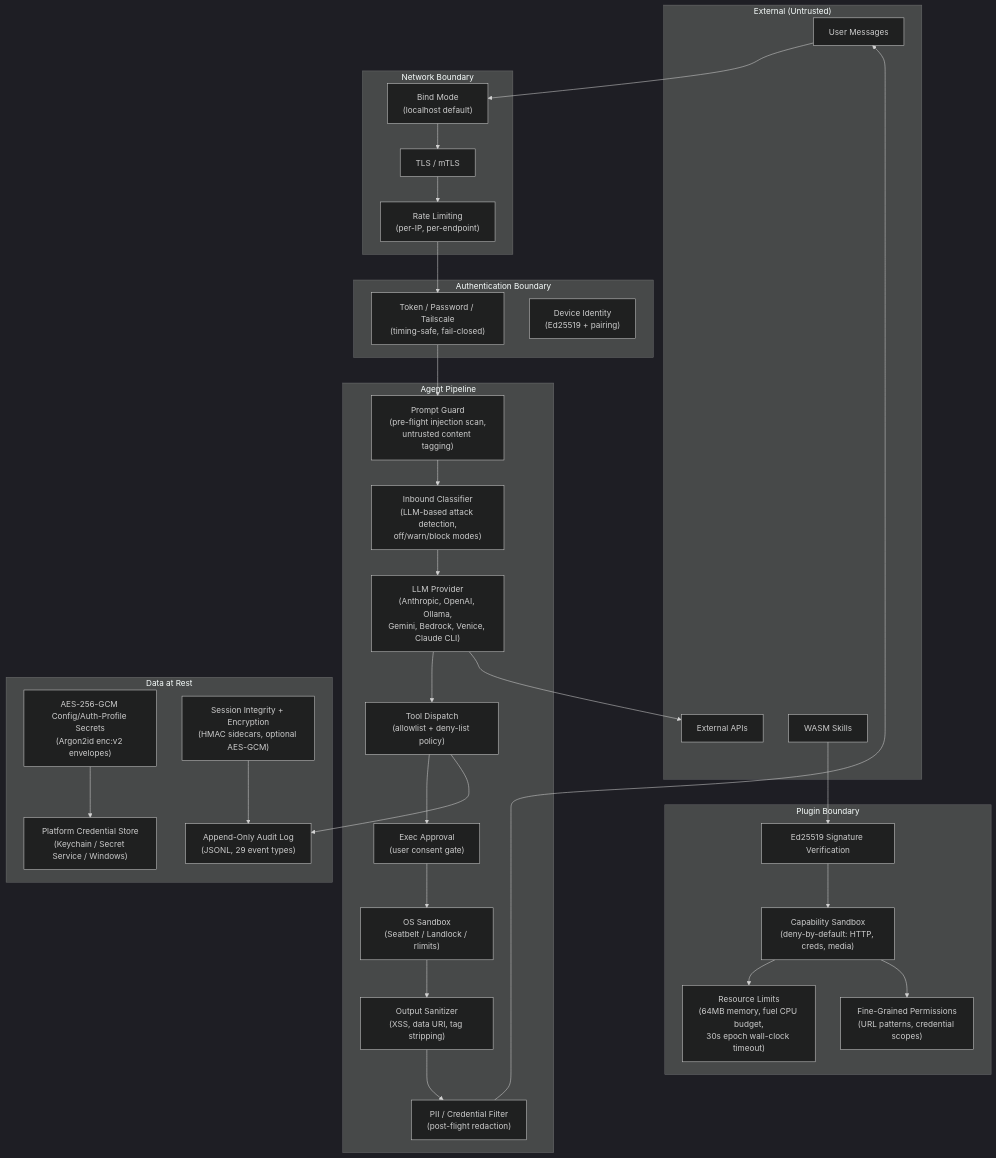
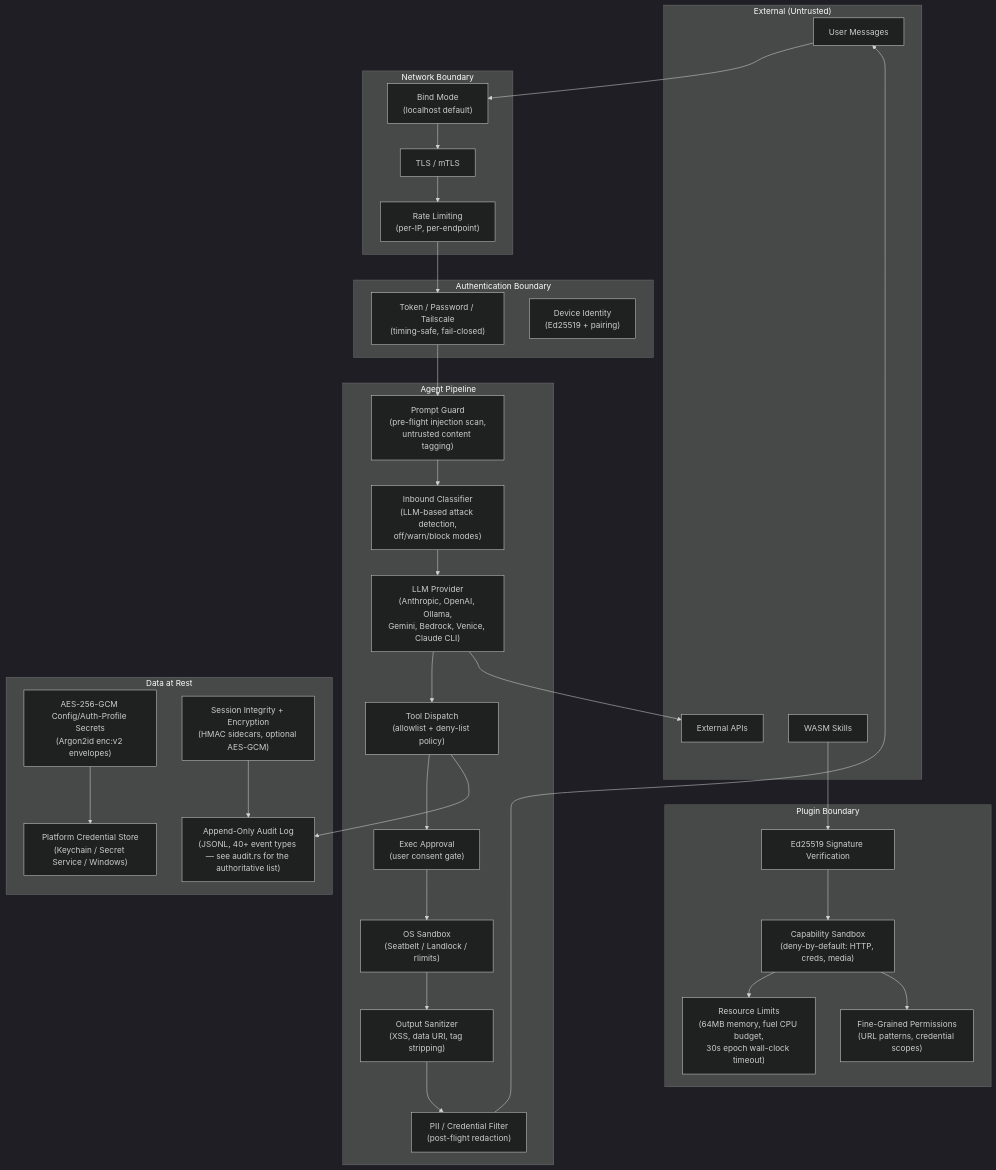
The diagram in docs/security.md (puremachinery/carapace), drawn with Mermaid (dark theme) before and after one commit. The commit also changed 8 other files, not shown here.

````diff
--- a/docs/security.md
+++ b/docs/security.md
@@ -40,59 +40,59 @@
 ```mermaid
 graph TB
     subgraph "External (Untrusted)"
         User[User Messages]
         ExtAPI[External APIs]
         Skills[WASM Skills]
     end
 
     subgraph "Network Boundary"
         Bind["Bind Mode<br/>(localhost default)"]
         TLS["TLS / mTLS"]
         RateLimit["Rate Limiting<br/>(per-IP, per-endpoint)"]
     end
 
     subgraph "Authentication Boundary"
         Auth["Token / Password / Tailscale<br/>(timing-safe, fail-closed)"]
         DeviceAuth["Device Identity<br/>(Ed25519 + pairing)"]
     end
 
     subgraph "Agent Pipeline"
         PromptGuard["Prompt Guard<br/>(pre-flight injection scan,<br/>untrusted content tagging)"]
         Classifier["Inbound Classifier<br/>(LLM-based attack detection,<br/>off/warn/block modes)"]
         LLM["LLM Provider<br/>(Anthropic, OpenAI, Ollama,<br/>Gemini, Bedrock, Venice, Claude CLI)"]
         ToolDispatch["Tool Dispatch<br/>(allowlist + deny-list policy)"]
         ExecApproval["Exec Approval<br/>(user consent gate)"]
         Sandbox["OS Sandbox<br/>(Seatbelt / Landlock / rlimits)"]
         OutputCSP["Output Sanitizer<br/>(XSS, data URI, tag stripping)"]
         PIIFilter["PII / Credential Filter<br/>(post-flight redaction)"]
     end
 
     subgraph "Data at Rest"
         Secrets["AES-256-GCM Config/Auth-Profile Secrets<br/>(Argon2id enc:v2 envelopes)"]
         Sessions["Session Integrity + Encryption<br/>(HMAC sidecars, optional AES-GCM)"]
-        Audit["Append-Only Audit Log<br/>(JSONL, 29 event types)"]
+        Audit["Append-Only Audit Log<br/>(JSONL, 40+ event types — see audit.rs for the authoritative list)"]
         Keychain["Platform Credential Store<br/>(Keychain / Secret Service / Windows)"]
     end
 
     subgraph "Plugin Boundary"
         PluginSig["Ed25519 Signature Verification"]
         PluginCaps["Capability Sandbox<br/>(deny-by-default: HTTP, creds, media)"]
         PluginRes["Resource Limits<br/>(64MB memory, fuel CPU budget,<br/>30s epoch wall-clock timeout)"]
         PluginPerms["Fine-Grained Permissions<br/>(URL patterns, credential scopes)"]
     end
 
     User --> Bind --> TLS --> RateLimit --> Auth
     Auth --> PromptGuard --> Classifier --> LLM
     LLM --> ToolDispatch --> ExecApproval --> Sandbox
     Sandbox --> OutputCSP --> PIIFilter
     PIIFilter --> User
 
     LLM --> ExtAPI
     ToolDispatch --> Audit
 
     Skills --> PluginSig --> PluginCaps --> PluginRes
     PluginCaps --> PluginPerms
 
     Secrets --> Keychain
     Sessions --> Audit
 ```
````
